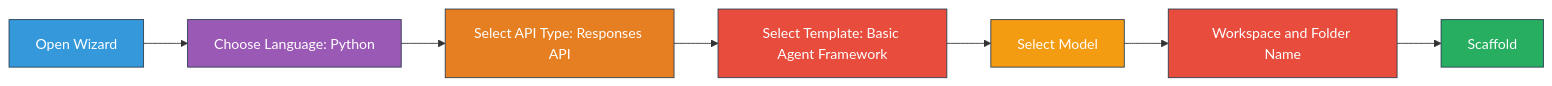
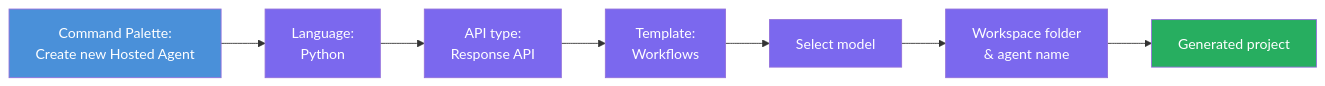
One commit to MinHeinA/Foundry_Toolkit_for_VSCode_Lab changed the diagram in workshop/lab02-multi-agent/docs/02-scaffold-multi-agent.md. Above: the diagram before and after it, drawn with Mermaid. The commit also changed other lines of this file and 4 other files, not shown here.

````diff
--- a/workshop/lab02-multi-agent/docs/02-scaffold-multi-agent.md
+++ b/workshop/lab02-multi-agent/docs/02-scaffold-multi-agent.md
@@ -11,20 +13,22 @@
 ```mermaid
 flowchart LR
-    S1["Open Wizard"]
-    S2["Choose Language: Python"]
-    S3["Select API Type: Responses API"]
-    S4["Select Template: Basic Agent Framework"]
-    S5["Select Model"]
-    S6["Workspace and Folder Name"]
-    S7["Scaffold"]
+    A["Command Palette:
+Create new Hosted Agent"] --> B["Language:
+Python"]
+    B --> C["API type:
+Response API"]
+    C --> D["Template:
+Workflows"]
+    D --> E["Select model"]
+    E --> F["Workspace folder
+& agent name"]
+    F --> G["Generated project"]
 
-    S1 --> S2 --> S3 --> S4 --> S5 --> S6 --> S7
-
-    style S1 fill:#3498DB,stroke:#2C3E50,color:#fff
-    style S2 fill:#9B59B6,stroke:#2C3E50,color:#fff
-    style S3 fill:#E67E22,stroke:#2C3E50,color:#fff
-    style S4 fill:#E74C3C,stroke:#2C3E50,color:#fff
-    style S5 fill:#F39C12,stroke:#2C3E50,color:#fff
-    style S6 fill:#E74C3C,stroke:#2C3E50,color:#fff
-    style S7 fill:#27AE60,stroke:#2C3E50,color:#fff
+    style A fill:#4A90D9,color:#fff
+    style B fill:#7B68EE,color:#fff
+    style C fill:#7B68EE,color:#fff
+    style D fill:#7B68EE,color:#fff
+    style E fill:#7B68EE,color:#fff
+    style F fill:#7B68EE,color:#fff
+    style G fill:#27AE60,color:#fff
 ```
````
